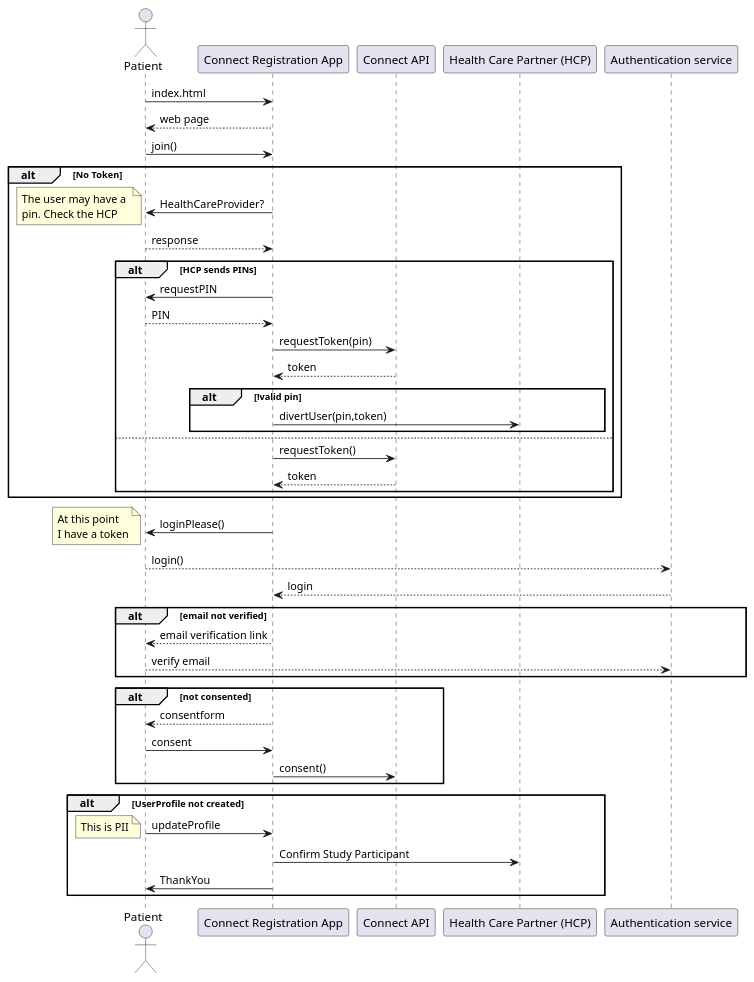
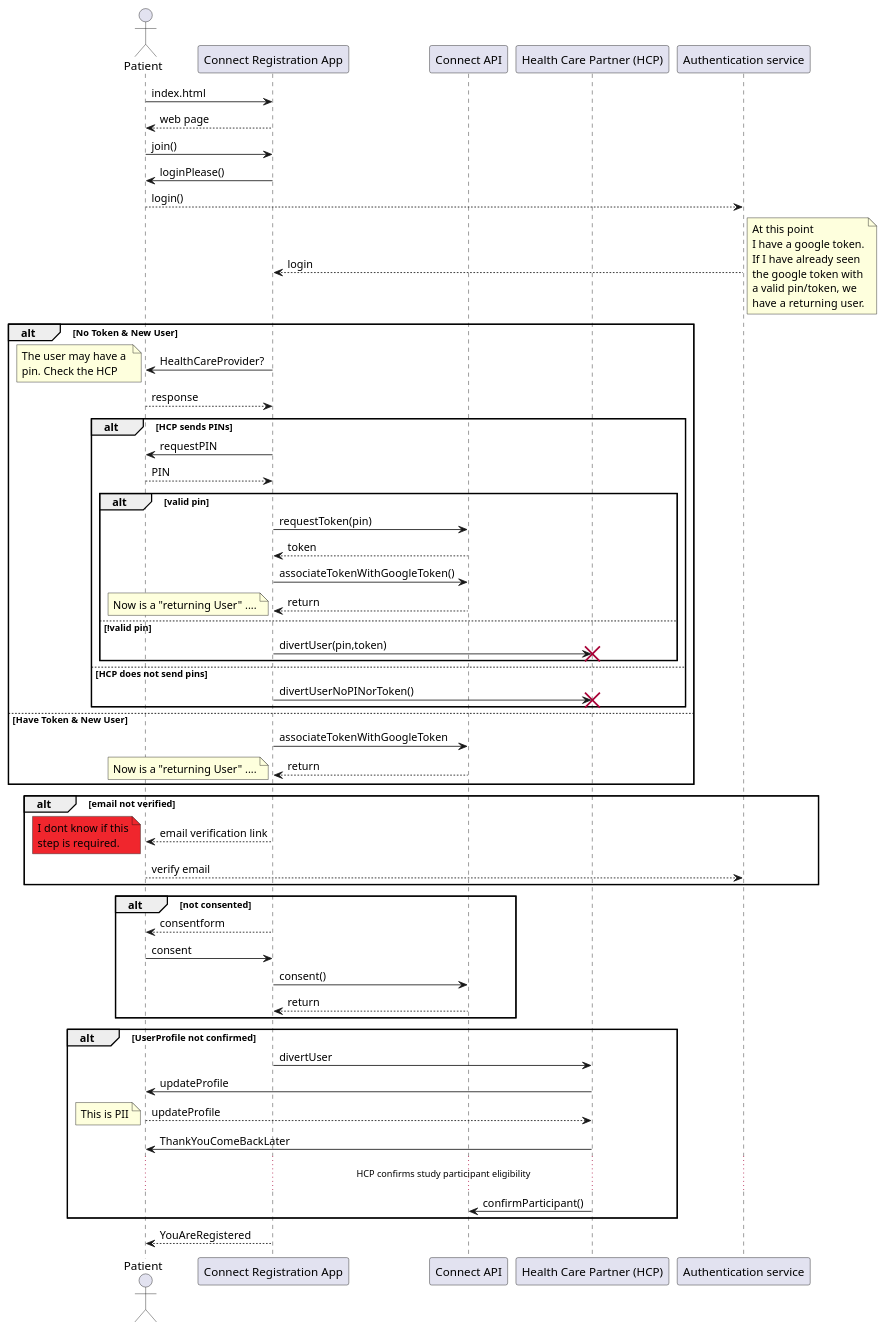
One commit to episphere/doc changed the diagram in AccountRegistration/reg.plantuml. Above: the diagram before and after it, drawn with PlantUML. The commit also changed 2 other files, not shown here.

Commit message:
correction, We handle consent and profile

```diff
--- a/AccountRegistration/reg.plantuml
+++ b/AccountRegistration/reg.plantuml
@@ -1,63 +1,93 @@
 @startuml
 skinparam shadowing false
 actor Patient as A
 participant "Connect Registration App" as CA
 participant "Connect API" as API
 participant "Health Care Partner (HCP)" as HCP
 participant "Authentication service" as AS
 
 A ->CA: index.html
 A <-- CA: web page
 A ->CA: join()
-alt No Token 
+CA -> A:  loginPlease()
+A --> AS: login()
+AS --> CA: login
+  note right
+    At this point
+    I have a google token.
+    If I have already seen
+    the google token with
+    a valid pin/token, we
+    have a returning user.
+  end note
+
+alt No Token & New User
   CA -> A: HealthCareProvider?
   note left
     The user may have a 
     pin. Check the HCP
   end note
 
   A --> CA: response
 
   alt HCP sends PINs
     CA -> A: requestPIN
     A --> CA: PIN
+    alt valid pin
     CA -> API: requestToken(pin)
     CA <-- API: token
-    alt !valid pin
+    CA -> API: associateTokenWithGoogleToken()
+    CA <-- API: return
+    note left
+        Now is a "returning User" ....
+    end note
+    
+    else !valid pin
        CA -> HCP: divertUser(pin,token)
+       destroy HCP
     end
-  else
-    CA -> API: requestToken()
-    CA <-- API: token
+    
+  else HCP does not send pins
+    CA -> HCP: divertUserNoPINorToken()
+    destroy HCP
   end
+else Have Token & New User
+  CA -> API: associateTokenWithGoogleToken
+  CA <-- API: return
+  note left
+      Now is a "returning User" ....
+  end note
 end
-CA -> A:  loginPlease()
-  note left
-    At this point
-    I have a token
-  end note
-A --> AS: login()
-AS --> CA: login
 
 alt email not verified
   CA --> A: email verification link
+  note left #f0262d
+    I dont know if this
+    step is required.
+  end note
+
   A --> AS: verify email
 end
 
 alt not consented
   CA --> A: consentform
   A -> CA: consent
   CA -> API: consent()
+  CA <-- API: return
 end
 
-alt UserProfile not created
-  A -> CA: updateProfile
+alt UserProfile not confirmed
+  CA -> HCP: divertUser
+  HCP -> A: updateProfile
+  A --> HCP: updateProfile
   note left
     This is PII
   end note
-  CA -> HCP: Confirm Study Participant
-  CA -> A: ThankYou
+  HCP -> A:  ThankYouComeBackLater
+  ...HCP confirms study participant eligibility ...
+  HCP -> API: confirmParticipant()
 end
+CA --> A: YouAreRegistered
 
 
 @enduml
```
